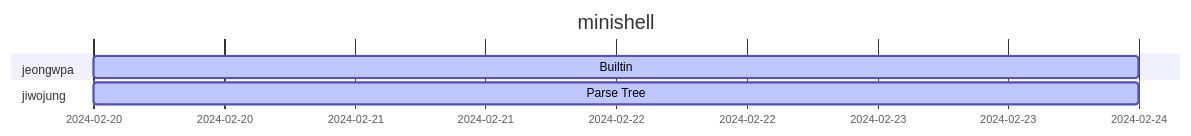
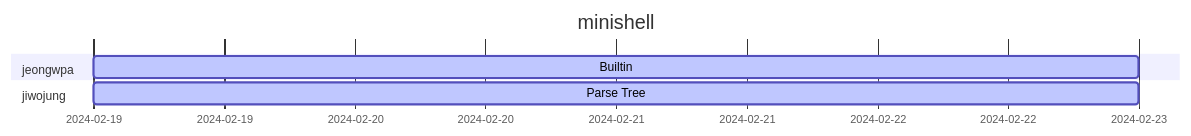
One commit to shelldivers/minishell changed the first of 2 diagrams in README.md. Above: the diagram before and after it, drawn with Mermaid.

````diff
--- a/README.md
+++ b/README.md
@@ -16,15 +16,12 @@
 ```mermaid
 gantt
-dateFormat 2024-02-19
+dateFormat YYYY-MM-DD
 title minishell
 
-
 section jeongwpa
-
-Builtin : active, des1, 2024-02-19,4d
+	Builtin : active, des1, 2024-02-19, 2024-02-23
 
 section jiwojung
-Parse Tree : active, des1, 2024-02-19,4d
-
+	Parse Tree : active, des1, 2024-02-19, 2024-02-23
 
 ```
````
